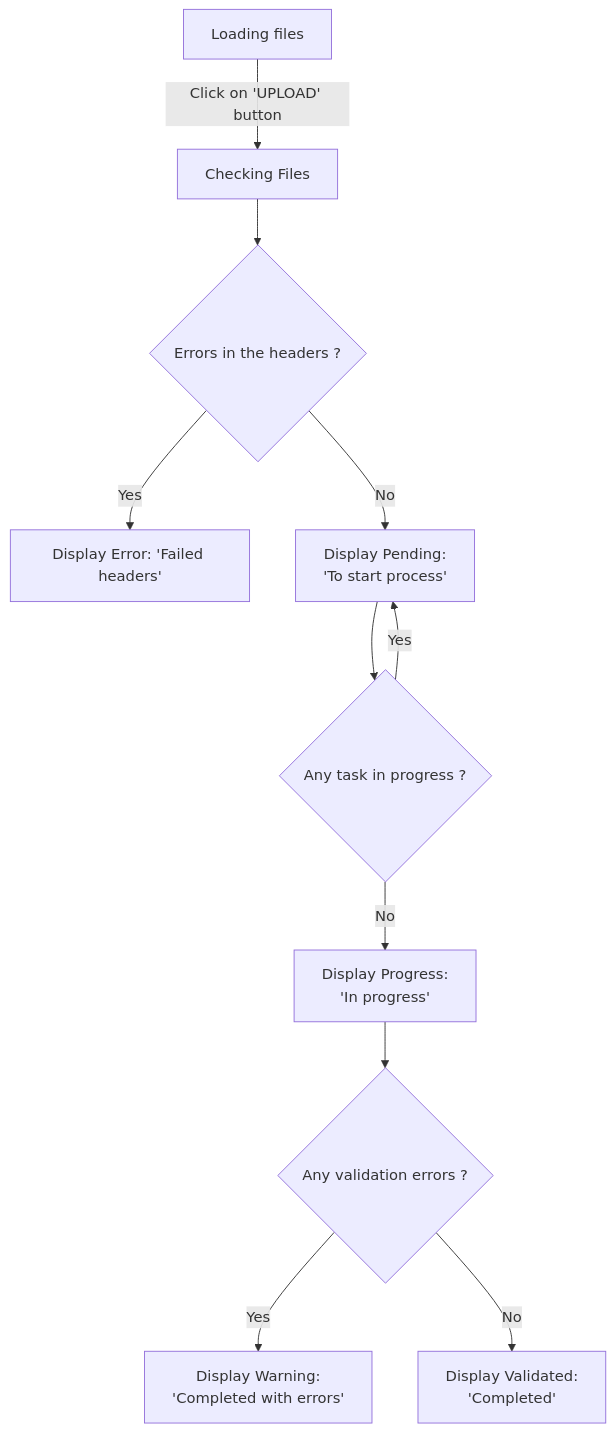
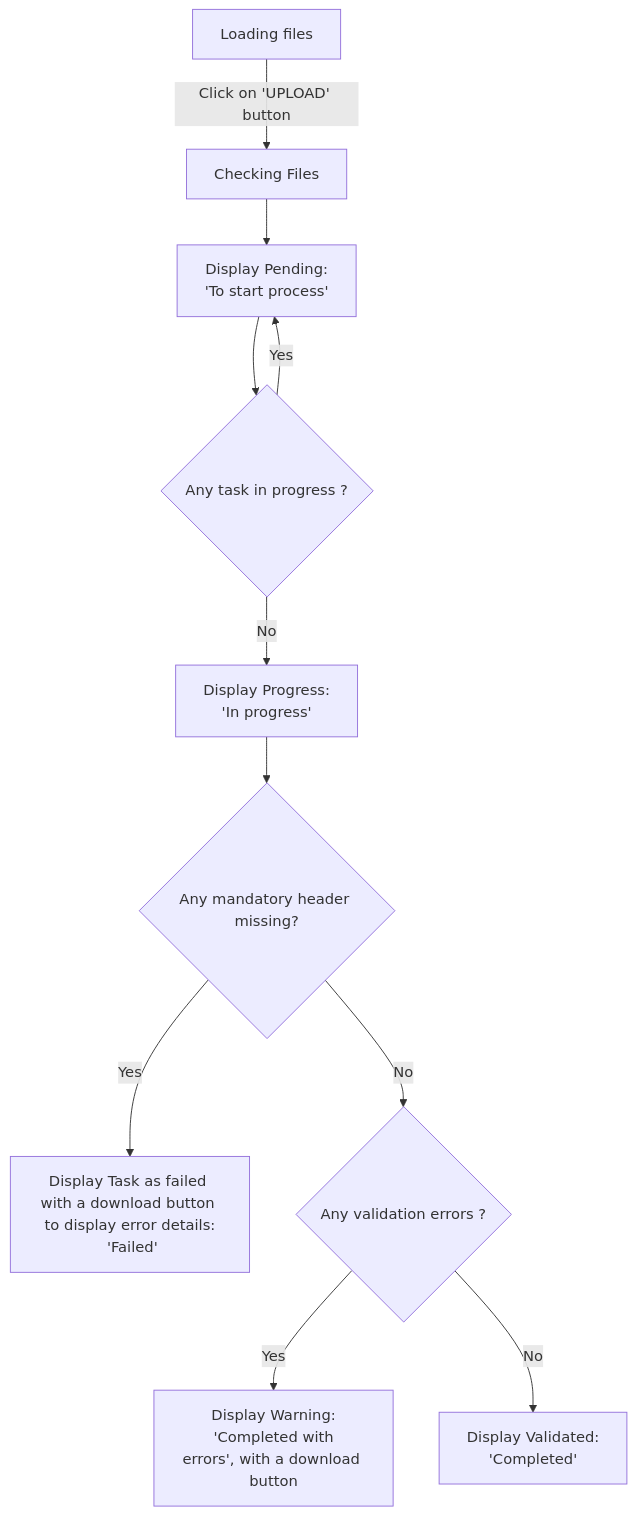
The first of 2 diagrams in services/documentation/content/2-functional-documentation/use_cases/uc_inventory/uc3_load_files.md (G4ITTeam/g4it), drawn with Mermaid before and after one commit. The commit also changed other lines of this file and 2 other files, not shown here.

```diff
--- a/services/documentation/content/2-functional-documentation/use_cases/uc_inventory/uc3_load_files.md
+++ b/services/documentation/content/2-functional-documentation/use_cases/uc_inventory/uc3_load_files.md
@@ -44,12 +44,13 @@
 {{< mermaid align="center">}}
 
 graph TD;
-Step1[Loading files] --> |Click on 'UPLOAD' button|Step2[Checking Files] --> Decision1{Errors in the headers ?}
-Decision1 --> |Yes|Step3[Display Error: 'Failed headers']
-Decision1 --> |No|Step4[Display Pending:<br> 'To start process'] --> Decision2{Any task in progress ?}
+Step1[Loading files] --> |Click on 'UPLOAD' button|Step2[Checking Files] --> Step4[Display Pending:<br> 'To start process'] --> Decision2{Any task in progress ?}
 Decision2 --> |Yes|Step4
-Decision2 --> |No|Step5[Display Progress:<br> 'In progress'] --> Decision3{Any validation errors ?}
-Decision3 --> |Yes|Step8[Display Warning:<br> 'Completed with errors']
-Decision3 --> |No|Step9[Display Validated:<br>'Completed']
+Decision2 --> |No|Step5[Display Progress:<br> 'In progress'] --> Decision3{Any mandatory header missing?}
+Decision3 --> |Yes|Step6[Display Task as failed with a download button to display error details:<br> 'Failed']
+Decision3 --> |No|Decision4{Any validation errors ?}
+Decision4{Any validation errors ?}
+Decision4 --> |Yes|Step8[Display Warning:<br> 'Completed with errors', with a download button]
+Decision4 --> |No|Step9[Display Validated:<br>'Completed']
 
 {{</ mermaid >}}
```
